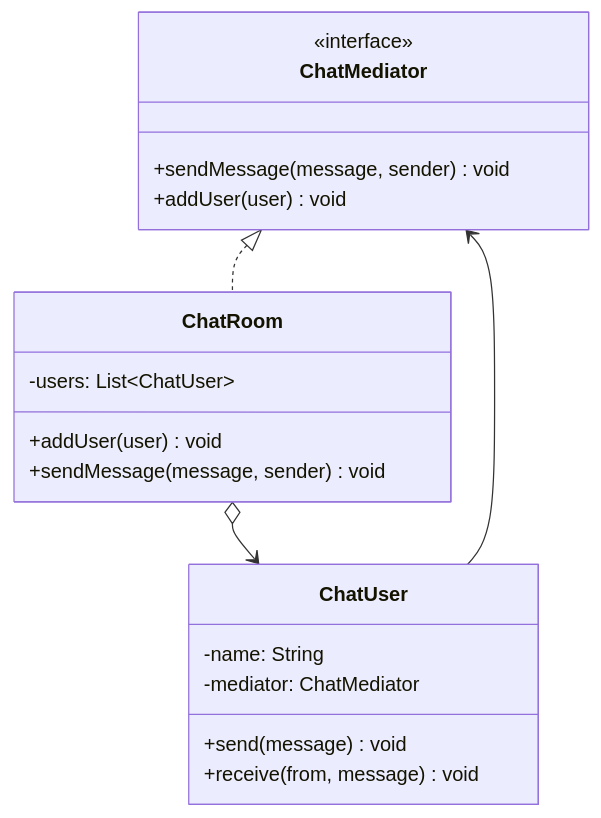
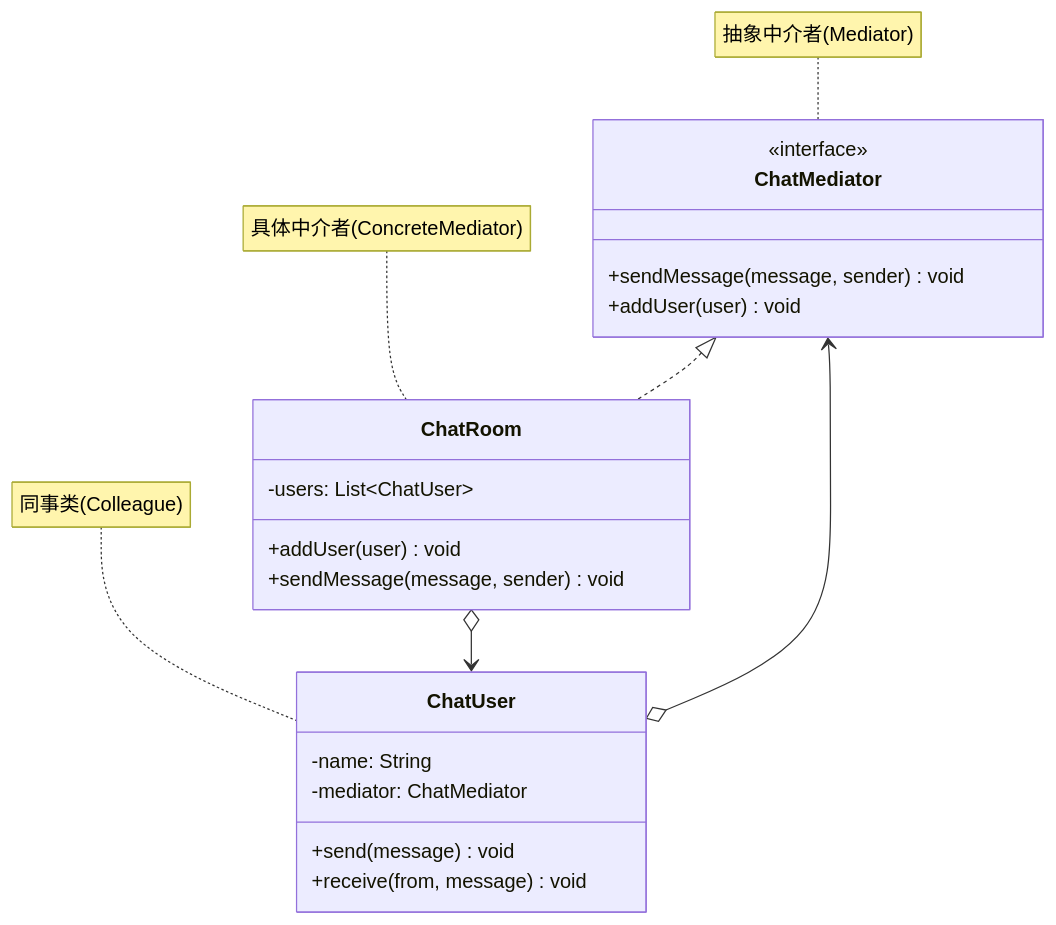
Before and after one commit to luguosong/programming-notes: the diagram in docs/topic/design-patterns/behavioral-patterns/mediator/index.md, drawn with Mermaid. The commit also changed 23 other files, not shown here.

First line of the commit message:
fix: 修正设计模式 UML 箭头类型并添加角色标注

````diff
--- a/docs/topic/design-patterns/behavioral-patterns/mediator/index.md
+++ b/docs/topic/design-patterns/behavioral-patterns/mediator/index.md
@@ -27,22 +27,25 @@
 ```mermaid
 classDiagram
     class ChatMediator {
         <<interface>>
         +sendMessage(message, sender) void
         +addUser(user) void
     }
     class ChatRoom {
         -users: List~ChatUser~
         +addUser(user) void
         +sendMessage(message, sender) void
     }
     class ChatUser {
         -name: String
         -mediator: ChatMediator
         +send(message) void
         +receive(from, message) void
     }
     ChatMediator <|.. ChatRoom
-    ChatUser --> ChatMediator
+    ChatUser o--> ChatMediator
     ChatRoom o--> ChatUser
+    note for ChatMediator "抽象中介者(Mediator)"
+    note for ChatRoom "具体中介者(ConcreteMediator)"
+    note for ChatUser "同事类(Colleague)"
 ```
````
